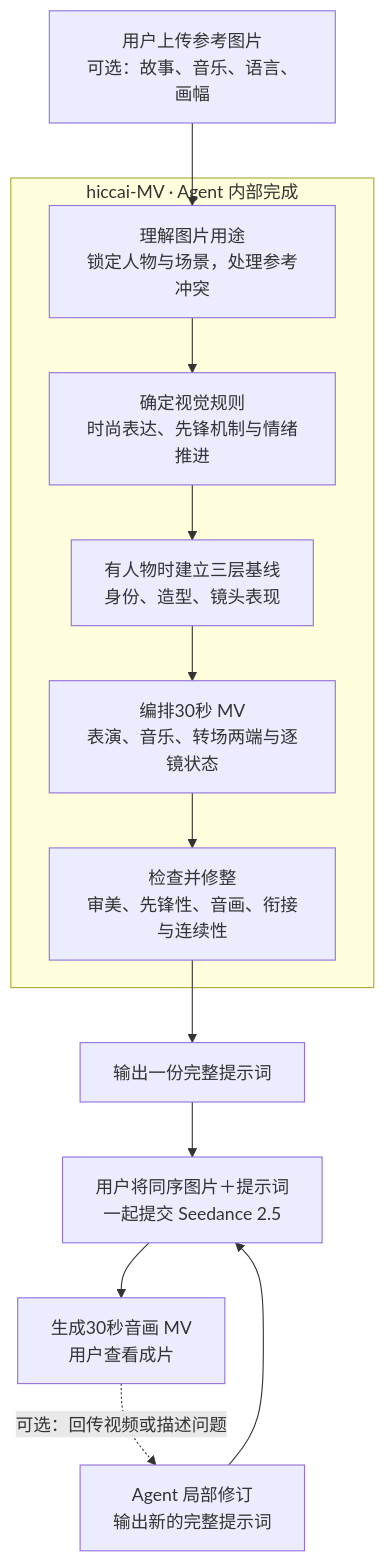
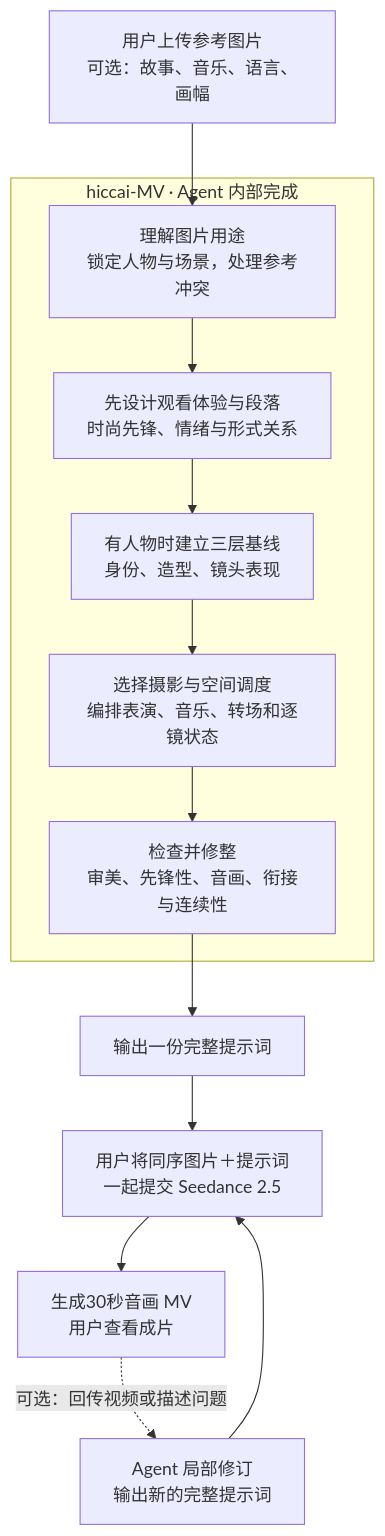
Before and after one commit to laixi969-coder/hiccai-mv: the diagram in 使用指南.md, drawn with Mermaid. The commit also changed other lines of this file and 7 other files, not shown here.

````diff
--- a/使用指南.md
+++ b/使用指南.md
@@ -11,15 +13,15 @@
 ```mermaid
 flowchart TD
     A[用户上传参考图片<br/>可选：故事、音乐、语言、画幅] --> B
     subgraph S[hiccai-MV · Agent 内部完成]
-        B[理解图片用途<br/>锁定人物与场景，处理参考冲突] --> V[确定视觉规则<br/>时尚表达、先锋机制与情绪推进]
+        B[理解图片用途<br/>锁定人物与场景，处理参考冲突] --> V[先设计观看体验与段落<br/>时尚先锋、情绪与形式关系]
         V --> P[有人物时建立三层基线<br/>身份、造型、镜头表现]
-        P --> C[编排30秒 MV<br/>表演、音乐、转场两端与逐镜状态]
+        P --> C[选择摄影与空间调度<br/>编排表演、音乐、转场和逐镜状态]
         C --> D[检查并修整<br/>审美、先锋性、音画、衔接与连续性]
     end
     D --> E[输出一份完整提示词]
     E --> F[用户将同序图片＋提示词<br/>一起提交 Seedance 2.5]
     F --> G[生成30秒音画 MV<br/>用户查看成片]
     G -. 可选：回传视频或描述问题 .-> H[Agent 局部修订<br/>输出新的完整提示词]
     H --> F
 ```
````
